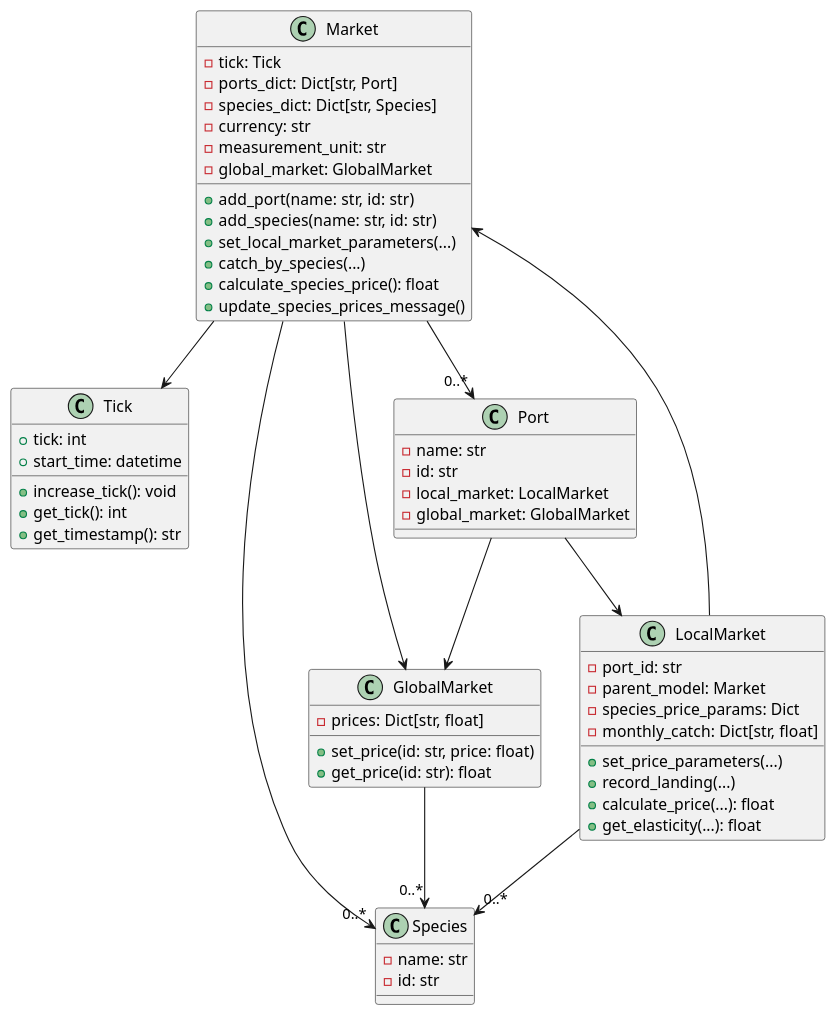
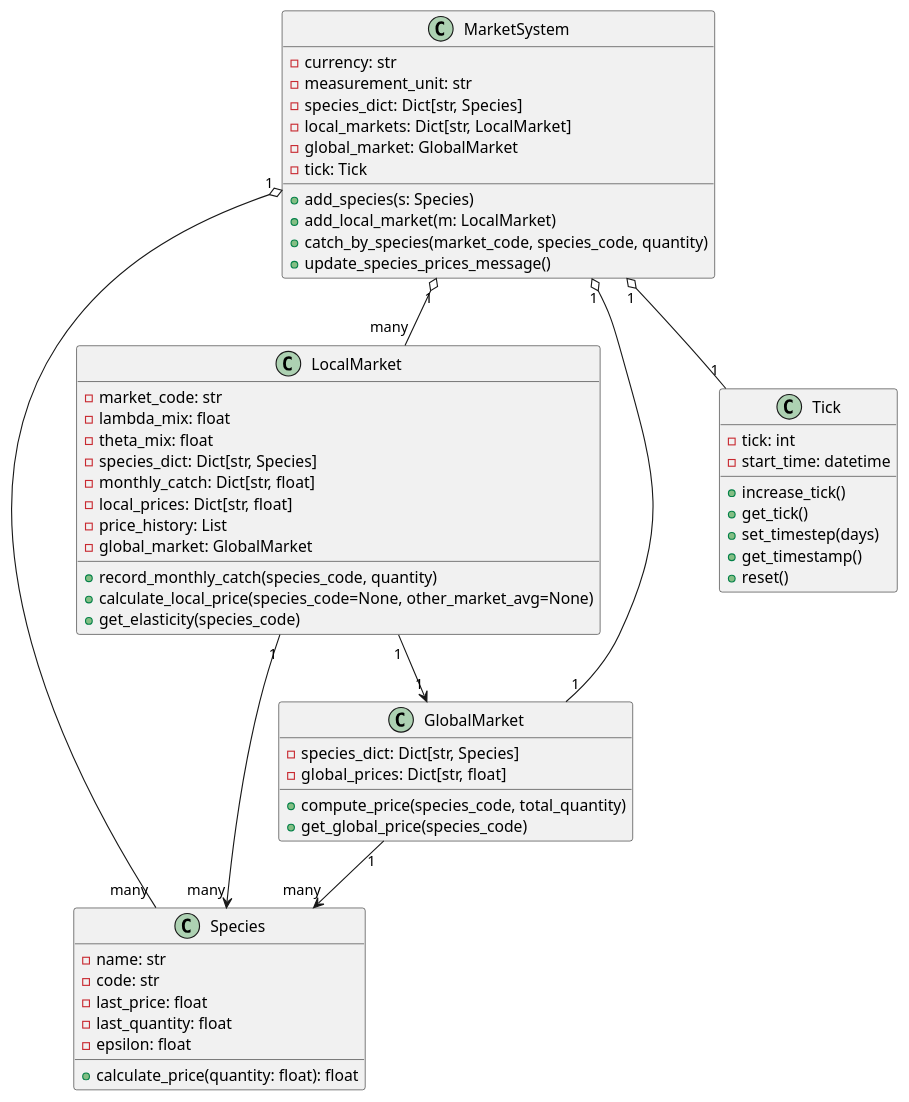
Before and after one commit to SURIMI-Project/SURIMI-market: the diagram in doc/SURIMI_market_domain.plantuml, drawn with PlantUML. The commit also changed 3 other files, not shown here.

```diff
--- a/doc/SURIMI_market_domain.plantuml
+++ b/doc/SURIMI_market_domain.plantuml
@@ -1,66 +1,64 @@
-@startuml
-' Core classes
-class Tick {
-  +tick: int
-  +start_time: datetime
-  +increase_tick(): void
-  +get_tick(): int
-  +get_timestamp(): str
+@startuml MarketSystemDomain
+
+class MarketSystem {
+  - currency: str
+  - measurement_unit: str
+  - species_dict: Dict[str, Species]
+  - local_markets: Dict[str, LocalMarket]
+  - global_market: GlobalMarket
+  - tick: Tick
+  + add_species(s: Species)
+  + add_local_market(m: LocalMarket)
+  + catch_by_species(market_code, species_code, quantity)
+  + update_species_prices_message()
 }
 
 class Species {
-  -name: str
-  -id: str
+  - name: str
+  - code: str
+  - last_price: float
+  - last_quantity: float
+  - epsilon: float
+  + calculate_price(quantity: float): float
 }
 
-class Market {
-  -tick: Tick
-  -ports_dict: Dict[str, Port]
-  -species_dict: Dict[str, Species]
-  -currency: str
-  -measurement_unit: str
-  -global_market: GlobalMarket
-  +add_port(name: str, id: str)
-  +add_species(name: str, id: str)
-  +set_local_market_parameters(...)
-  +catch_by_species(...)
-  +calculate_species_price(): float
-  +update_species_prices_message()
-}
-
-class Port {
-  -name: str
-  -id: str
-  -local_market: LocalMarket
-  -global_market: GlobalMarket
+class LocalMarket {
+  - market_code: str
+  - lambda_mix: float
+  - theta_mix: float
+  - species_dict: Dict[str, Species]
+  - monthly_catch: Dict[str, float]
+  - local_prices: Dict[str, float]
+  - price_history: List
+  - global_market: GlobalMarket
+  + record_monthly_catch(species_code, quantity)
+  + calculate_local_price(species_code=None, other_market_avg=None)
+  + get_elasticity(species_code)
 }
 
 class GlobalMarket {
-  -prices: Dict[str, float]
-  +set_price(id: str, price: float)
-  +get_price(id: str): float
+  - species_dict: Dict[str, Species]
+  - global_prices: Dict[str, float]
+  + compute_price(species_code, total_quantity)
+  + get_global_price(species_code)
 }
 
-class LocalMarket {
-  -port_id: str
-  -parent_model: Market
-  -species_price_params: Dict
-  -monthly_catch: Dict[str, float]
-  +set_price_parameters(...)
-  +record_landing(...)
-  +calculate_price(...): float
-  +get_elasticity(...): float
+class Tick {
+  - tick: int
+  - start_time: datetime
+  + increase_tick()
+  + get_tick()
+  + set_timestep(days)
+  + get_timestamp()
+  + reset()
 }
 
-' Relationships
-Market --> Tick
-Market --> "0..*" Port
-Market --> "0..*" Species
-Market --> GlobalMarket
-Port --> LocalMarket
-Port --> GlobalMarket
-LocalMarket --> Market
-GlobalMarket --> "0..*" Species
-LocalMarket --> "0..*" Species
+MarketSystem "1" o-- "many" Species
+MarketSystem "1" o-- "many" LocalMarket
+MarketSystem "1" o-- "1" GlobalMarket
+LocalMarket "1" --> "1" GlobalMarket
+LocalMarket "1" --> "many" Species
+GlobalMarket "1" --> "many" Species
+MarketSystem "1" o-- "1" Tick
 
 @enduml
```
